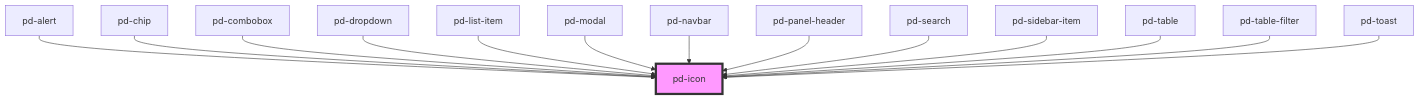
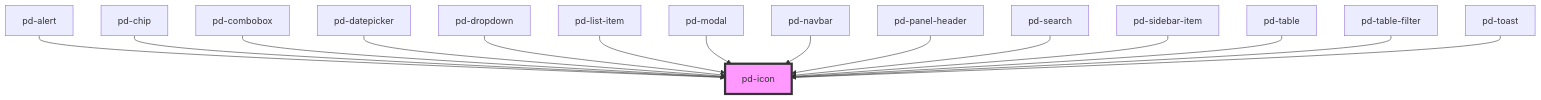
One commit to Lambda-IT/parlamentsdienste-components changed the diagram in src/components/pd-icon/readme.md. Above: the diagram before and after it, drawn with Mermaid. The commit also changed other lines of this file and 5 other files, not shown here.

Commit message:
feat: #14 add datepicker icon

````diff
--- a/src/components/pd-icon/readme.md
+++ b/src/components/pd-icon/readme.md
@@ -64,17 +65,18 @@
 ```mermaid
 graph TD;
   pd-alert --> pd-icon
   pd-chip --> pd-icon
   pd-combobox --> pd-icon
+  pd-datepicker --> pd-icon
   pd-dropdown --> pd-icon
   pd-list-item --> pd-icon
   pd-modal --> pd-icon
   pd-navbar --> pd-icon
   pd-panel-header --> pd-icon
   pd-search --> pd-icon
   pd-sidebar-item --> pd-icon
   pd-table --> pd-icon
   pd-table-filter --> pd-icon
   pd-toast --> pd-icon
   style pd-icon fill:#f9f,stroke:#333,stroke-width:4px
 ```
````
